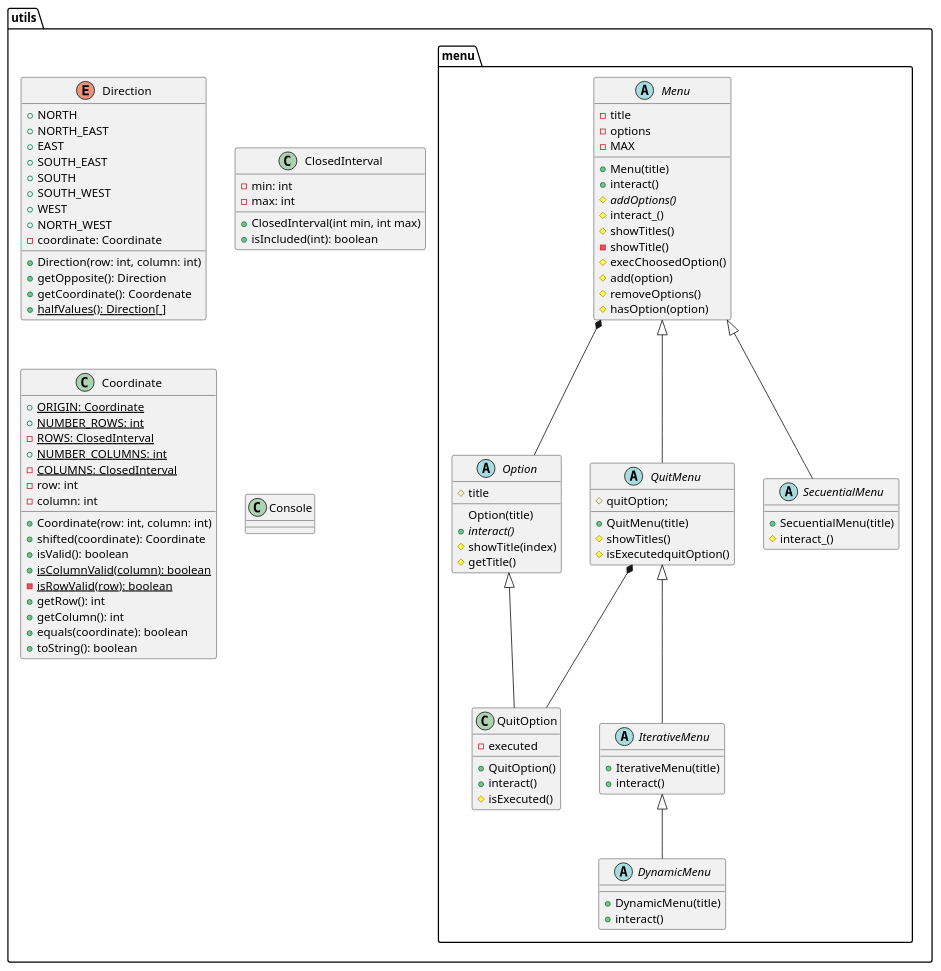
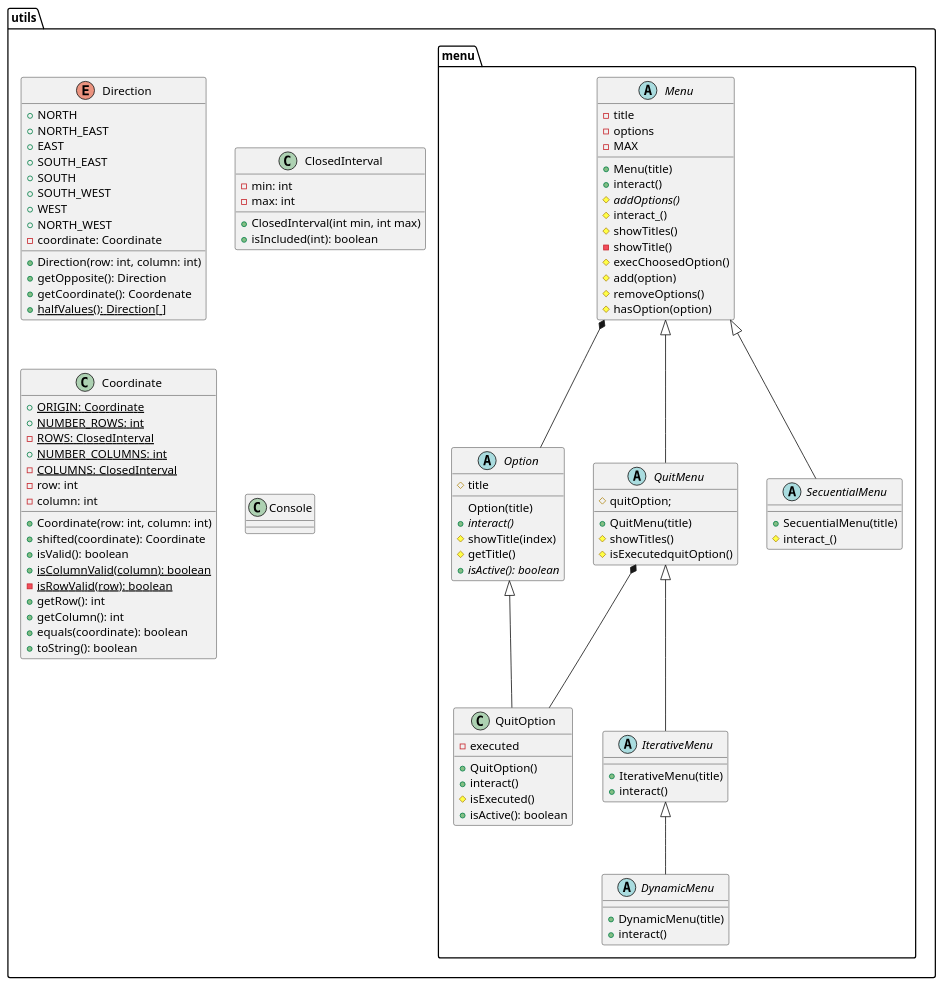
One commit to js-rom/connect4 changed the diagram in connect4/Docs/diagrams/src/packages/connect4.utils.plantuml. Above: the diagram before and after it, drawn with PlantUML. The commit also changed 14 other files, not shown here.

```diff
--- a/connect4/Docs/diagrams/src/packages/connect4.utils.plantuml
+++ b/connect4/Docs/diagrams/src/packages/connect4.utils.plantuml
@@ -1,99 +1,101 @@
 @startuml utils
 
 enum utils.Direction
 class utils.ClosedInterval
 class utils.Coordinate
 class utils.Console
 
 abstract class utils.menu.Option
 abstract class utils.menu.DynamicMenu
 abstract class utils.menu.IterativeMenu
 abstract class utils.menu.Menu
 abstract class utils.menu.QuitMenu
 abstract class utils.menu.SecuentialMenu
 class utils.menu.QuitOption
 
 Menu <|-- SecuentialMenu
 Menu <|-- QuitMenu
 Menu *-- Option
 IterativeMenu  <|-- DynamicMenu
 QuitMenu <|-- IterativeMenu
 Option <|-- QuitOption
 QuitMenu *-- QuitOption
 
 Option : #title
 Option : Option(title)
 Option : {abstract} +interact()
 Option : #showTitle(index)
 Option : #getTitle()
+Option : {abstract} +isActive(): boolean
 
 QuitOption : -executed
 QuitOption : +QuitOption()
 QuitOption : +interact() 
 QuitOption : #isExecuted()
+QuitOption : +isActive(): boolean
 
 Menu : -title
 Menu : -options
 Menu : -MAX
 Menu : +Menu(title)
 Menu : +interact()
 Menu : {abstract} #addOptions()
 Menu : #interact_()
 Menu : #showTitles()
 Menu : -showTitle()
 Menu : #execChoosedOption()
 Menu : #add(option)
 Menu : #removeOptions()
 Menu : #hasOption(option)
 
 QuitMenu : #quitOption;
 QuitMenu : +QuitMenu(title)
 QuitMenu : #showTitles()
 QuitMenu : #isExecutedquitOption()
 
 IterativeMenu : +IterativeMenu(title) 
 IterativeMenu : +interact()
 
 DynamicMenu : +DynamicMenu(title) 
 DynamicMenu : +interact()
 
 SecuentialMenu : +SecuentialMenu(title) 
 SecuentialMenu : #interact_()
 
 Direction : +NORTH
 Direction : +NORTH_EAST
 Direction : +EAST
 Direction : +SOUTH_EAST
 Direction : +SOUTH
 Direction : +SOUTH_WEST
 Direction : +WEST
 Direction : +NORTH_WEST
 Direction : -coordinate: Coordinate
 Direction : +Direction(row: int, column: int)
 Direction : +getOpposite(): Direction
 Direction : +getCoordinate(): Coordenate
 Direction : +{static}halfValues(): Direction[ ]
 
 Coordinate : {static} +ORIGIN: Coordinate
 Coordinate : {static} +NUMBER_ROWS: int
 Coordinate : {static} -ROWS: ClosedInterval
 Coordinate : {static} +NUMBER_COLUMNS: int
 Coordinate : {static} -COLUMNS: ClosedInterval
 Coordinate : -row: int
 Coordinate : -column: int
 Coordinate : +Coordinate(row: int, column: int)
 Coordinate : +shifted(coordinate): Coordinate
 Coordinate : +isValid(): boolean
 Coordinate : {static} +isColumnValid(column): boolean
 Coordinate : {static} -isRowValid(row): boolean
 Coordinate : +getRow(): int
 Coordinate : +getColumn(): int
 Coordinate : +equals(coordinate): boolean
 Coordinate : +toString(): boolean
 
 ClosedInterval : -min: int
 ClosedInterval : -max: int
 ClosedInterval : +ClosedInterval(int min, int max)
 ClosedInterval : +isIncluded(int): boolean
 
 @enduml
```
